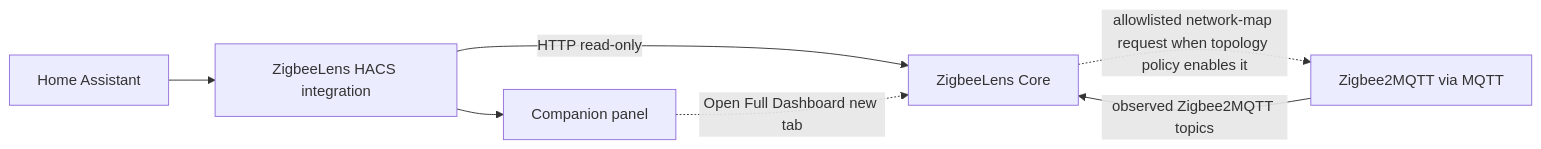
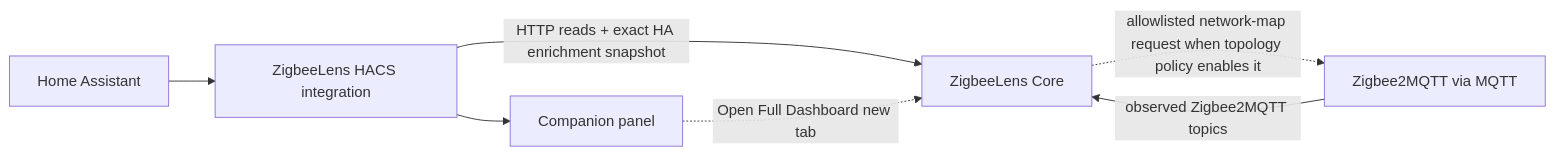
Before and after one commit to theaussiepom/zigbeelens: the diagram in docs/hacs.md, drawn with Mermaid. The commit also changed other lines of this file and 15 other files, not shown here.

````diff
--- a/docs/hacs.md
+++ b/docs/hacs.md
@@ -219,15 +254,15 @@
 ```mermaid
 flowchart LR
   HA[Home Assistant]
   HACS[ZigbeeLens HACS integration]
   Panel[Companion panel]
   Core[ZigbeeLens Core]
   MQTT[Zigbee2MQTT via MQTT]
 
   HA --> HACS
   HACS --> Panel
-  HACS -->|HTTP read-only| Core
+  HACS -->|HTTP reads + exact HA enrichment snapshot| Core
   Panel -. Open Full Dashboard new tab .-> Core
   MQTT -->|observed Zigbee2MQTT topics| Core
   Core -. allowlisted network-map request when topology policy enables it .-> MQTT
 ```
````
